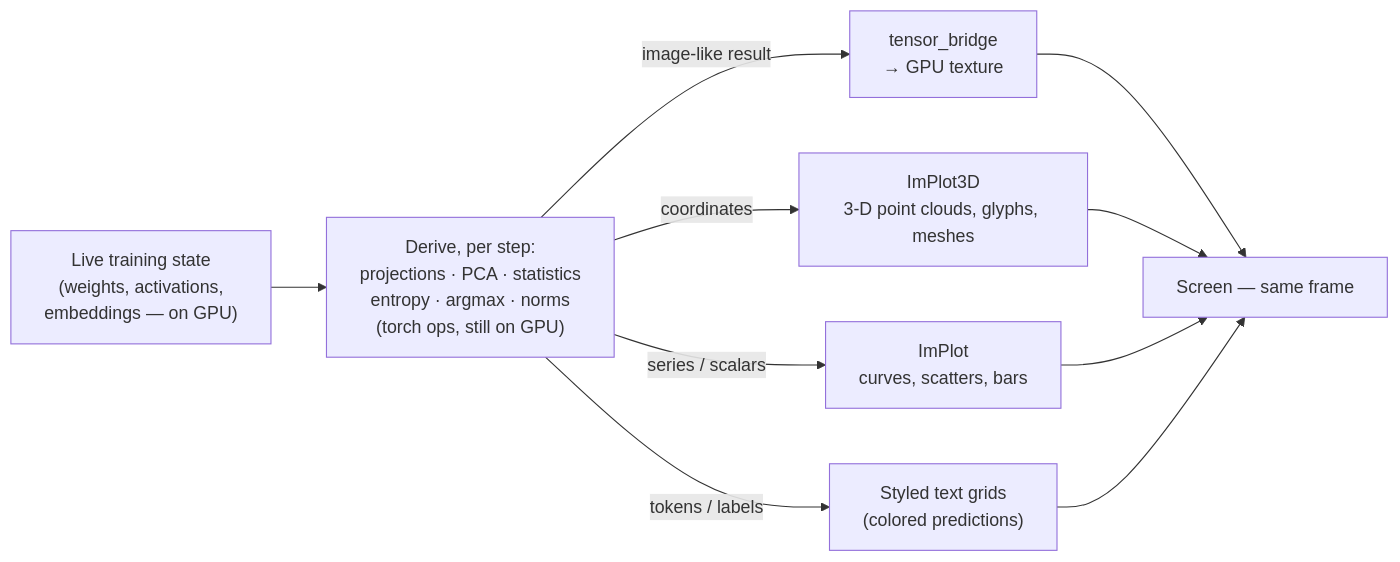
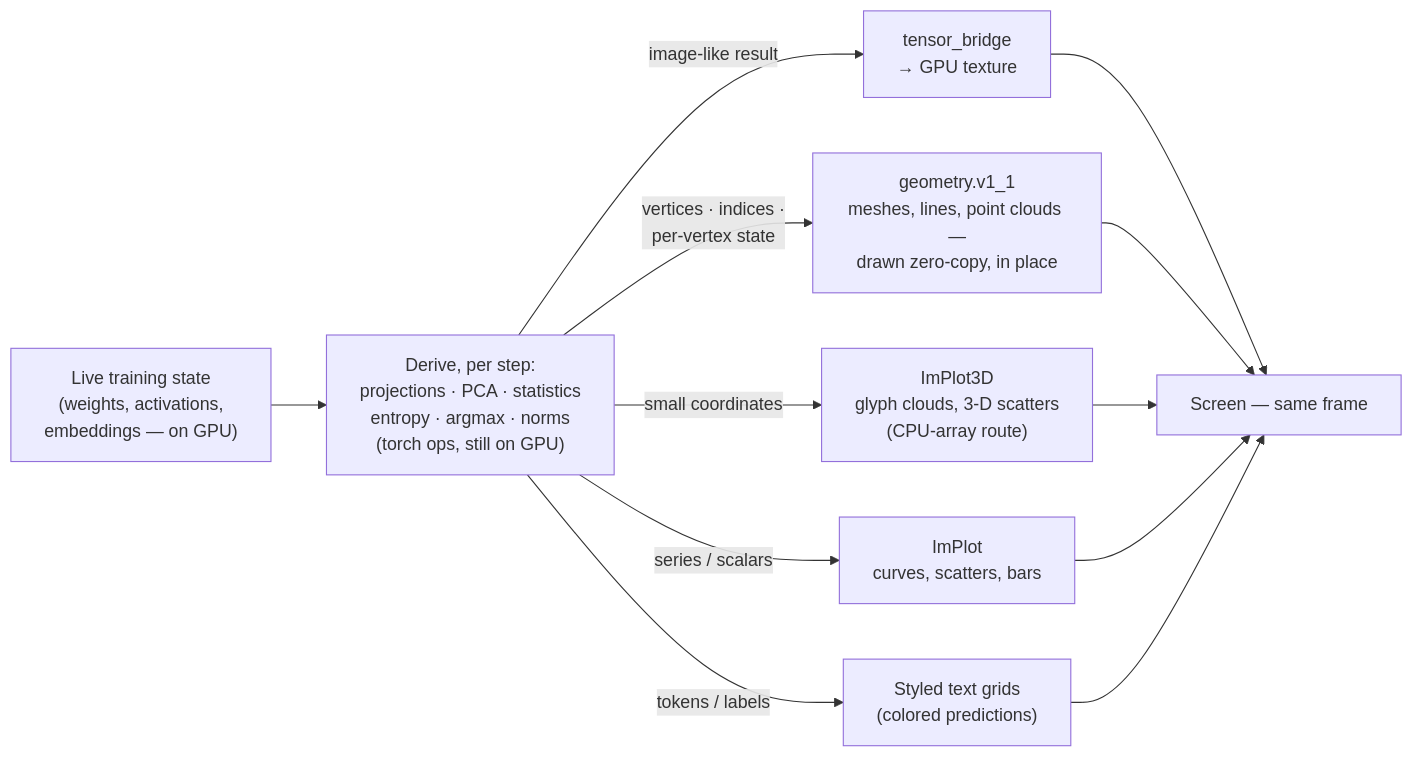
Before and after one commit to AhmedKhan-GH/caliper: the second of 5 diagrams in WHITEPAPER.md, drawn with Mermaid. The commit also changed other lines of this file, not shown here.

Commit message:
docs(whitepaper): v0.2 — geometry is a zero-copy class on both ecosystems; MeshScope as the exemplar (§4/§9 rewrite)

````diff
--- a/WHITEPAPER.md
+++ b/WHITEPAPER.md
@@ -166,14 +168,16 @@
 ```mermaid
 flowchart LR
     T["Live training state<br/>(weights, activations,<br/>embeddings — on GPU)"] --> D["Derive, per step:<br/>projections · PCA · statistics<br/>entropy · argmax · norms<br/>(torch ops, still on GPU)"]
 
     D -->|"image-like result"| TEX["tensor_bridge<br/>→ GPU texture"]
-    D -->|"coordinates"| P3["ImPlot3D<br/>3-D point clouds, glyphs, meshes"]
+    D -->|"vertices · indices ·<br/>per-vertex state"| GEO["geometry.v1_1<br/>meshes, lines, point clouds —<br/>drawn zero-copy, in place"]
+    D -->|"small coordinates"| P3["ImPlot3D<br/>glyph clouds, 3-D scatters<br/>(CPU-array route)"]
     D -->|"series / scalars"| P2["ImPlot<br/>curves, scatters, bars"]
     D -->|"tokens / labels"| TXT["Styled text grids<br/>(colored predictions)"]
 
     TEX --> S["Screen — same frame"]
+    GEO --> S
     P3 --> S
     P2 --> S
     TXT --> S
 ```
````
